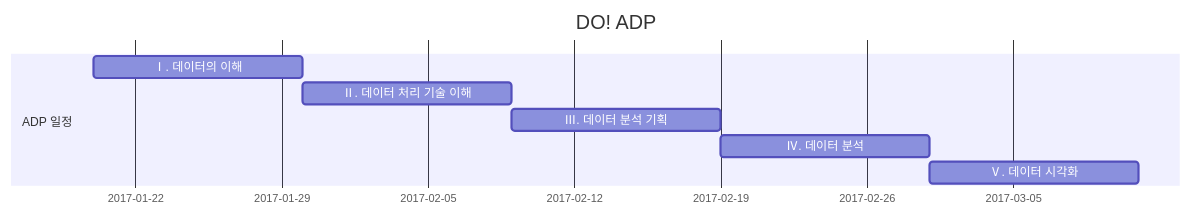
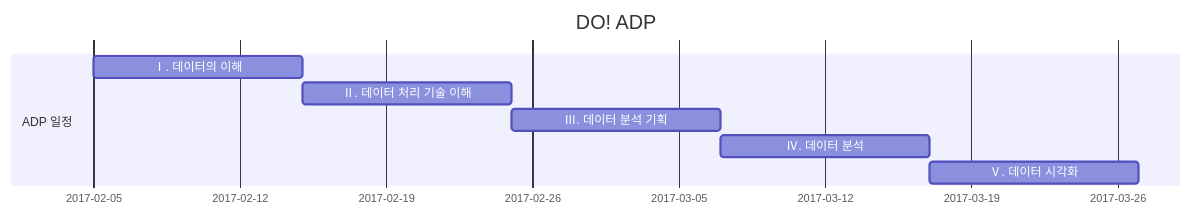
Before and after one commit to jacegem/Today-I-Learned: the diagram in doc/adp.md, drawn with Mermaid.

Commit message:
Updates doc/adp.md
Auto commit by GitBook Editor

```diff
--- a/doc/adp.md
+++ b/doc/adp.md
@@ -3,11 +3,11 @@
 {% mermaid %}
 gantt
         dateFormat  YYYY-MM-DD
         title DO! ADP
         section ADP 일정
-        Ⅰ. 데이터의 이해         : Active, 2017-01-20, 10d
+        Ⅰ. 데이터의 이해         : Active, 2017-02-05, 10d
         Ⅱ. 데이터 처리 기술 이해              :  10d
         Ⅲ. 데이터 분석 기획              :  10d
         Ⅳ. 데이터 분석             :  10d
         Ⅴ. 데이터 시각화 : 10d
 {% endmermaid %}
```
